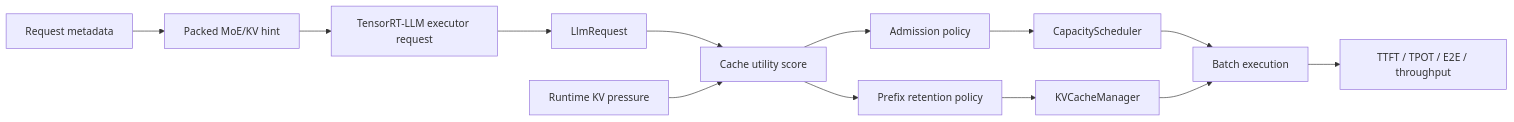
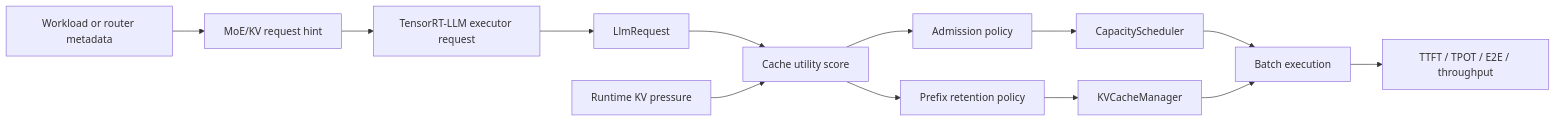
Before and after one commit to LongWeihan/trtllm-moe-kv-scheduler: the first of 2 diagrams in README.md, drawn with Mermaid. The commit also changed other lines of this file and 2 other files, not shown here.

````diff
--- a/README.md
+++ b/README.md
@@ -50,15 +45,15 @@
 ```mermaid
 flowchart LR
-    A[Request metadata] --> B[Packed MoE/KV hint]
+    A[Workload or router metadata] --> B[MoE/KV request hint]
     B --> C[TensorRT-LLM executor request]
     C --> D[LlmRequest]
     D --> E[Cache utility score]
     F[Runtime KV pressure] --> E
     E --> G[Admission policy]
     E --> H[Prefix retention policy]
     G --> I[CapacityScheduler]
     H --> J[KVCacheManager]
     I --> K[Batch execution]
     J --> K
     K --> L[TTFT / TPOT / E2E / throughput]
 ```
````
